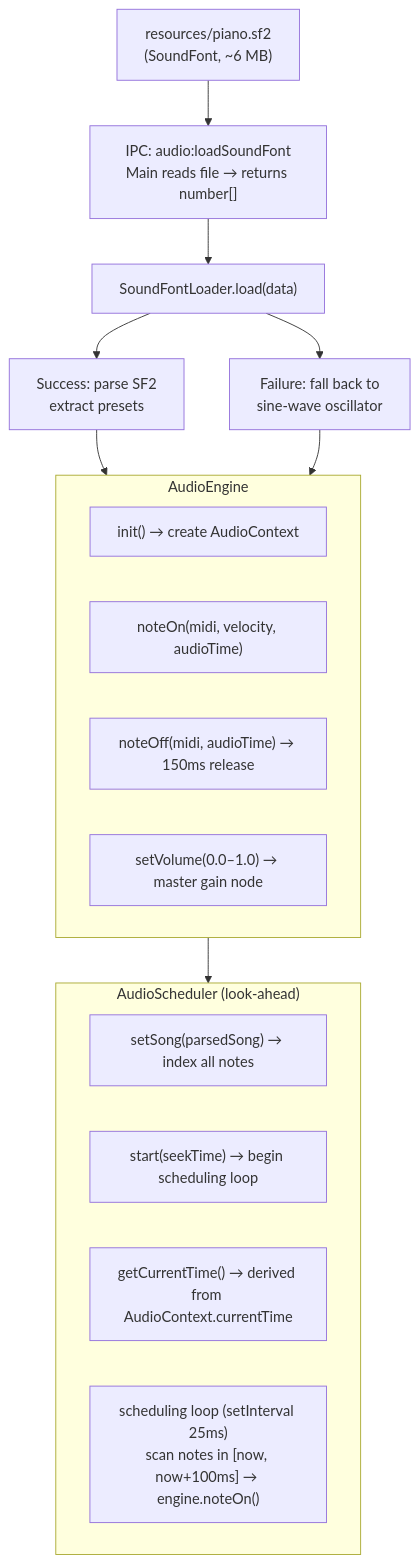
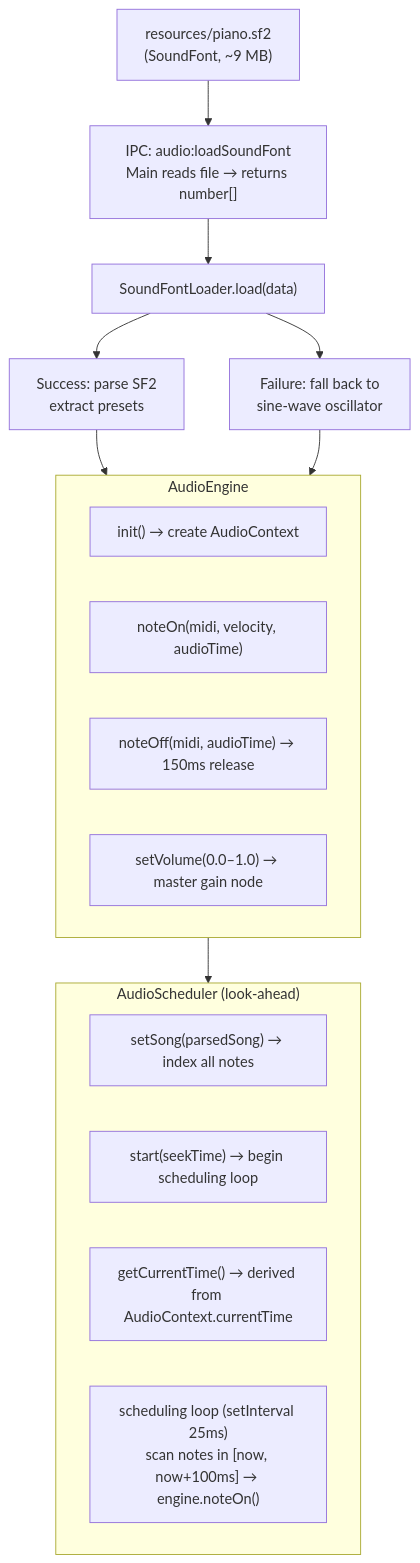
The fourth of 5 diagrams in docs/DESIGN-en.md (EndeavorYen/Rexiano), drawn with Mermaid before and after one commit. The commit also changed other lines of this file and 10 other files, not shown here.

First line of the commit message:
Replace bundled piano SoundFont (#137)

````diff
--- a/docs/DESIGN-en.md
+++ b/docs/DESIGN-en.md
@@ -215,27 +215,27 @@
 ```mermaid
 flowchart TD
-    A["resources/piano.sf2\n(SoundFont, ~6 MB)"]
+    A["resources/piano.sf2\n(SoundFont, ~9 MB)"]
     B["IPC: audio:loadSoundFont\nMain reads file → returns number[]"]
     C["SoundFontLoader.load(data)"]
     D["Success: parse SF2\nextract presets"]
     E["Failure: fall back to\nsine-wave oscillator"]
 
     subgraph AE["AudioEngine"]
         AE1["init() → create AudioContext"]
         AE2["noteOn(midi, velocity, audioTime)"]
         AE3["noteOff(midi, audioTime) → 150ms release"]
         AE4["setVolume(0.0–1.0) → master gain node"]
     end
 
     subgraph AS["AudioScheduler (look-ahead)"]
         AS1["setSong(parsedSong) → index all notes"]
         AS2["start(seekTime) → begin scheduling loop"]
         AS3["getCurrentTime() → derived from AudioContext.currentTime"]
         AS4["scheduling loop (setInterval 25ms)\nscan notes in [now, now+100ms] → engine.noteOn()"]
     end
 
     A --> B --> C
     C --> D & E
     D & E --> AE
     AE --> AS
 ```
````
